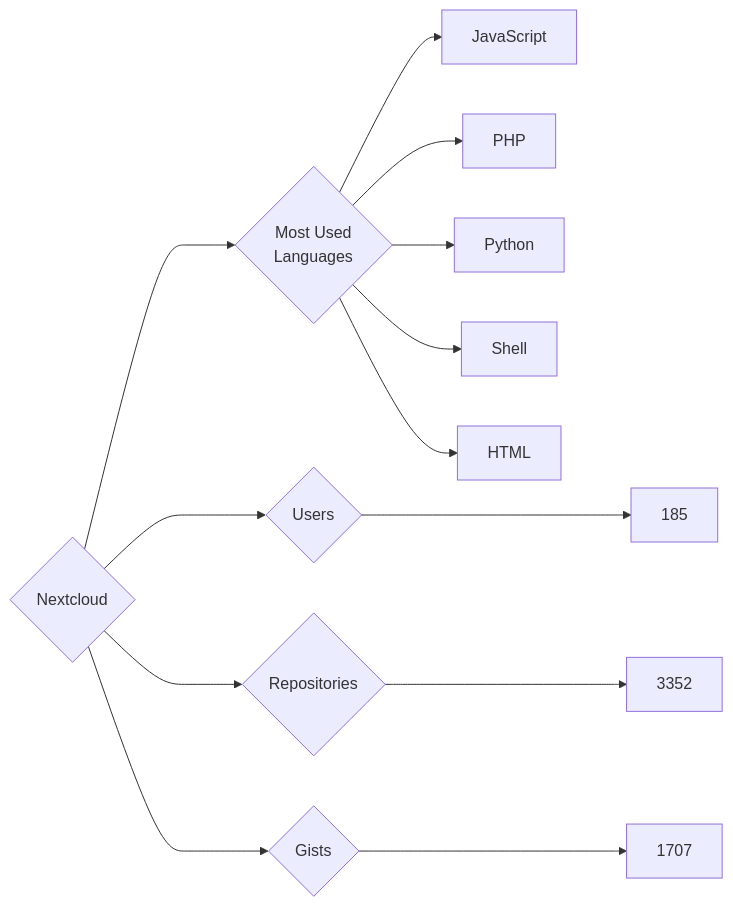
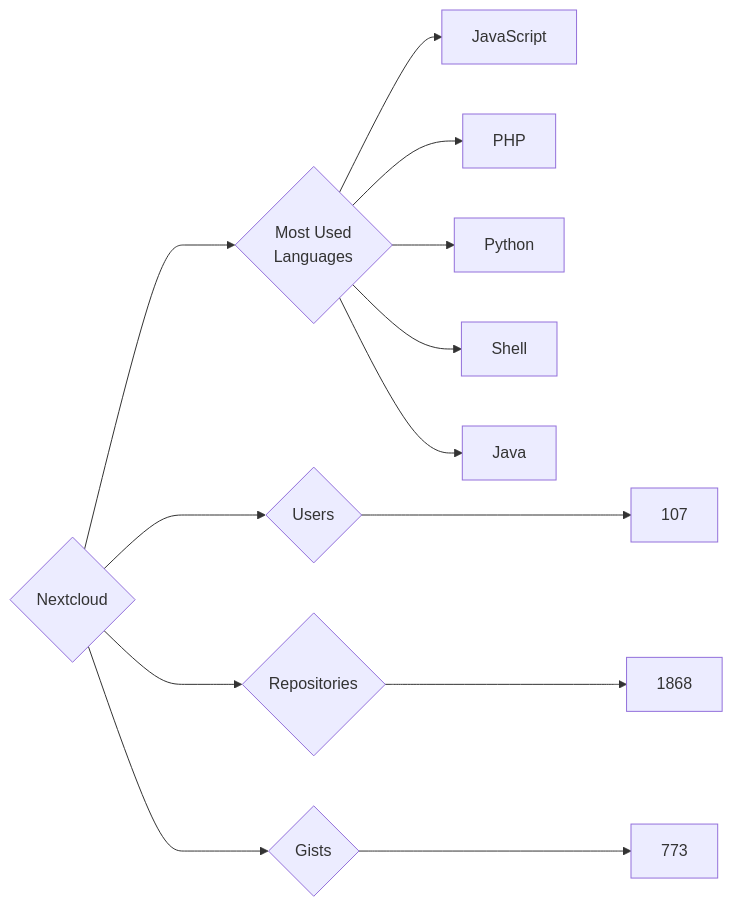
Before and after one commit to trickest/insiders: the diagram in targets/Nextcloud/README.md, drawn with Mermaid. The commit also changed 806 other files, not shown here.

````diff
--- a/targets/Nextcloud/README.md
+++ b/targets/Nextcloud/README.md
@@ -3,13 +3,13 @@
 ```mermaid
 graph LR
 COMPANY_NAME{Nextcloud}
-COMPANY_NAME ---> U{Users} ---> UN[185]
-COMPANY_NAME ---> R{Repositories} ---> RN[3352]
-COMPANY_NAME ---> G{Gists} ---> GN[1707]
+COMPANY_NAME ---> U{Users} ---> UN[107]
+COMPANY_NAME ---> R{Repositories} ---> RN[1868]
+COMPANY_NAME ---> G{Gists} ---> GN[773]
 COMPANY_NAME ---> ML{Most Used<br>Languages}
 ML --> JavaScript[JavaScript]
 ML --> PHP[PHP]
 ML --> Python[Python]
 ML --> Shell[Shell]
-ML --> HTML[HTML]
+ML --> Java[Java]
 ```
````
